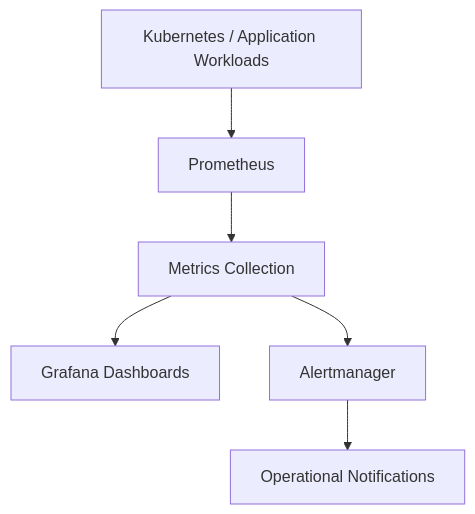
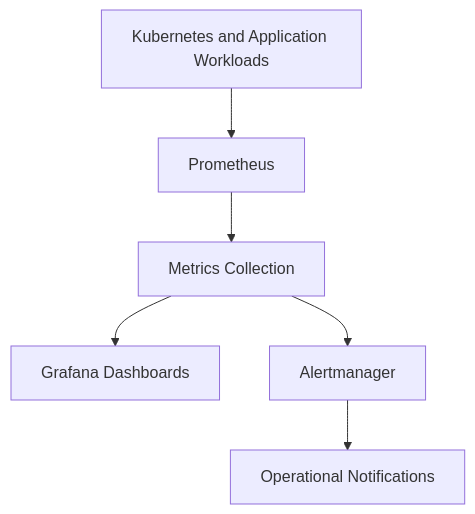
One commit to manesaurabh1704-devops/manesaurabh1704-devops changed the fifth of 8 diagrams in README.md. Above: the diagram before and after it, drawn with Mermaid. The commit also changed other lines of this file, not shown here.

````diff
--- a/README.md
+++ b/README.md
@@ -500,8 +433,8 @@
 ```mermaid
 flowchart TD
-    A["Kubernetes / Application Workloads"] --> B["Prometheus"]
+    A["Kubernetes and Application Workloads"] --> B["Prometheus"]
     B --> C["Metrics Collection"]
     C --> D["Grafana Dashboards"]
     C --> E["Alertmanager"]
     E --> F["Operational Notifications"]
 ```
````
